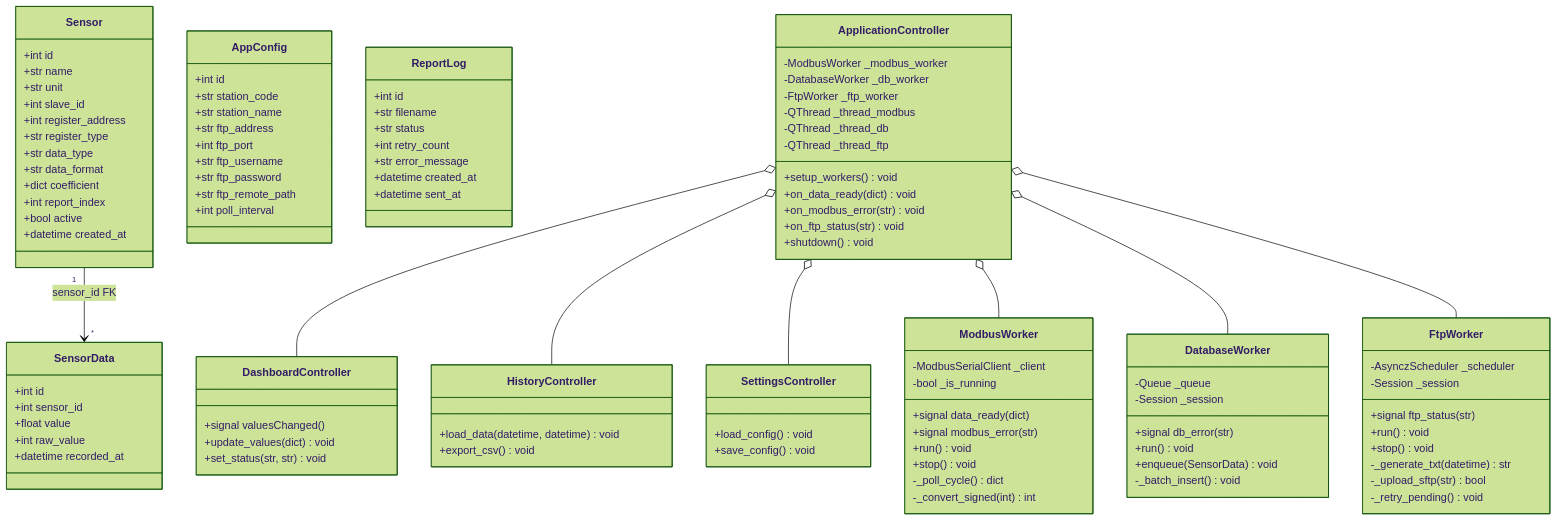
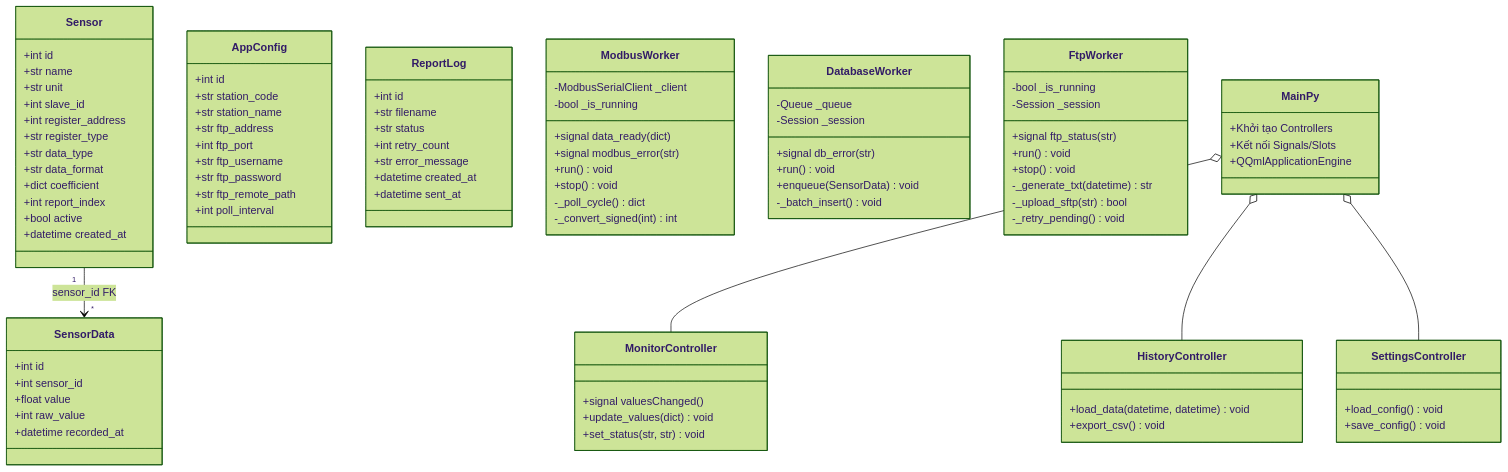
Before and after one commit to quytttb/data-logger: the third of 6 diagrams in plan/report/3_thiet_ke_he_thong.md, drawn with Mermaid (forest theme). The commit also changed other lines of this file and 50 other files, not shown here.

Commit message:
feat: rename Dashboard→Monitor, add DatePicker, center grid, fix QML warnings, remove i18n, add setup.sh

````diff
--- a/plan/report/3_thiet_ke_he_thong.md
+++ b/plan/report/3_thiet_ke_he_thong.md
@@ -219,7 +216,7 @@
     }
 
     class FtpWorker {
-        -AsynczScheduler _scheduler
+        -bool _is_running
         -Session _session
         +signal ftp_status(str)
         +run() void
@@ -233,21 +230,13 @@
     %% NHÓM 3: QML BRIDGE (QObject Controllers)
     %% ═══════════════════════════════════
 
-    class ApplicationController {
-        -ModbusWorker _modbus_worker
-        -DatabaseWorker _db_worker
-        -FtpWorker _ftp_worker
-        -QThread _thread_modbus
-        -QThread _thread_db
-        -QThread _thread_ftp
-        +setup_workers() void
-        +on_data_ready(dict) void
-        +on_modbus_error(str) void
-        +on_ftp_status(str) void
-        +shutdown() void
+    class MainPy {
+        +Khởi tạo Controllers
+        +Kết nối Signals/Slots
+        +QQmlApplicationEngine
     }
 
-    class DashboardController {
+    class MonitorController {
         +signal valuesChanged()
         +update_values(dict) void
         +set_status(str, str) void
@@ -263,10 +252,7 @@
         +save_config() void
     }
 
-    ApplicationController o-- DashboardController
-    ApplicationController o-- HistoryController
-    ApplicationController o-- SettingsController
-    ApplicationController o-- ModbusWorker
-    ApplicationController o-- DatabaseWorker
-    ApplicationController o-- FtpWorker
+    MainPy o-- MonitorController
+    MainPy o-- HistoryController
+    MainPy o-- SettingsController
 ```
````
